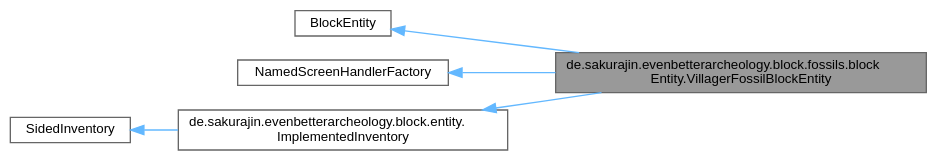
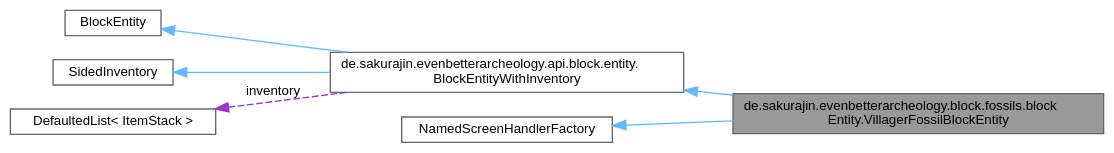
Before and after one commit to noah1510/EvenBetterArcheology: the diagram in classde_1_1sakurajin_1_1evenbetterarcheology_1_1block_1_1fossils_1_1blockEntity_1_1VillagerFossilBlockEntity__coll__graph.dot, drawn with Graphviz. The commit also changed 146 other files, not shown here.

```diff
--- a/classde_1_1sakurajin_1_1evenbetterarcheology_1_1block_1_1fossils_1_1blockEntity_1_1VillagerFossilBlockEntity__coll__graph.dot
+++ b/classde_1_1sakurajin_1_1evenbetterarcheology_1_1block_1_1fossils_1_1blockEntity_1_1VillagerFossilBlockEntity__coll__graph.dot
@@ -1,17 +1,19 @@
 digraph "de.sakurajin.evenbetterarcheology.block.fossils.blockEntity.VillagerFossilBlockEntity"
 {
  // LATEX_PDF_SIZE
   bgcolor="transparent";
   edge [fontname=Helvetica,fontsize=10,labelfontname=Helvetica,labelfontsize=10];
   node [fontname=Helvetica,fontsize=10,shape=box,height=0.2,width=0.4];
   rankdir="LR";
   Node1 [label="de.sakurajin.evenbetterarcheology.block.fossils.block\lEntity.VillagerFossilBlockEntity",height=0.2,width=0.4,color="gray40", fillcolor="grey60", style="filled", fontcolor="black",tooltip=" "];
   Node2 -> Node1 [dir="back",color="steelblue1",style="solid"];
-  Node2 [label="BlockEntity",height=0.2,width=0.4,color="gray40", fillcolor="white", style="filled",tooltip=" "];
-  Node3 -> Node1 [dir="back",color="steelblue1",style="solid"];
-  Node3 [label="NamedScreenHandlerFactory",height=0.2,width=0.4,color="gray40", fillcolor="white", style="filled",tooltip=" "];
-  Node4 -> Node1 [dir="back",color="steelblue1",style="solid"];
-  Node4 [label="de.sakurajin.evenbetterarcheology.block.entity.\lImplementedInventory",height=0.2,width=0.4,color="gray40", fillcolor="white", style="filled",URL="$interfacede_1_1sakurajin_1_1evenbetterarcheology_1_1block_1_1entity_1_1ImplementedInventory.html",tooltip="A simple SidedInventory implementation with only default methods + an item list getter."];
-  Node5 -> Node4 [dir="back",color="steelblue1",style="solid"];
-  Node5 [label="SidedInventory",height=0.2,width=0.4,color="gray40", fillcolor="white", style="filled",tooltip=" "];
+  Node2 [label="de.sakurajin.evenbetterarcheology.api.block.entity.\lBlockEntityWithInventory",height=0.2,width=0.4,color="gray40", fillcolor="white", style="filled",URL="$classde_1_1sakurajin_1_1evenbetterarcheology_1_1api_1_1block_1_1entity_1_1BlockEntityWithInventory.html",tooltip="A simple SidedInventory implementation with only default methods + an item list getter."];
+  Node3 -> Node2 [dir="back",color="steelblue1",style="solid"];
+  Node3 [label="BlockEntity",height=0.2,width=0.4,color="gray40", fillcolor="white", style="filled",tooltip=" "];
+  Node4 -> Node2 [dir="back",color="steelblue1",style="solid"];
+  Node4 [label="SidedInventory",height=0.2,width=0.4,color="gray40", fillcolor="white", style="filled",tooltip=" "];
+  Node5 -> Node2 [dir="back",color="darkorchid3",style="dashed",label=" inventory" ];
+  Node5 [label="DefaultedList\< ItemStack \>",height=0.2,width=0.4,color="gray40", fillcolor="white", style="filled",tooltip=" "];
+  Node6 -> Node1 [dir="back",color="steelblue1",style="solid"];
+  Node6 [label="NamedScreenHandlerFactory",height=0.2,width=0.4,color="gray40", fillcolor="white", style="filled",tooltip=" "];
 }
```
